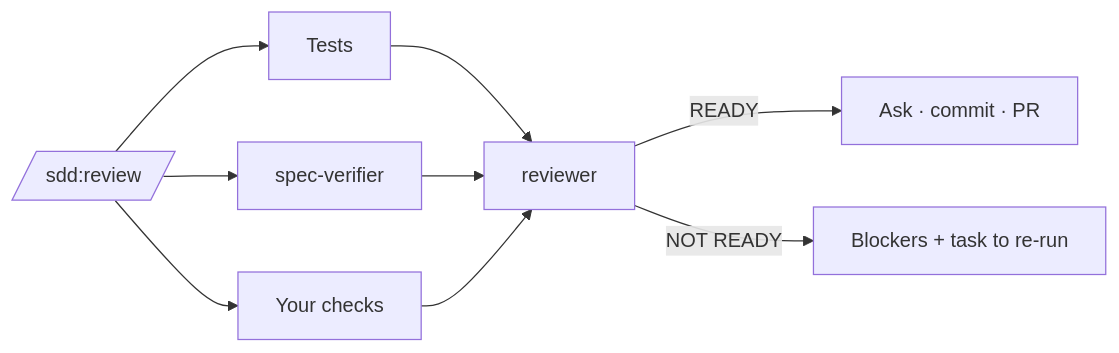
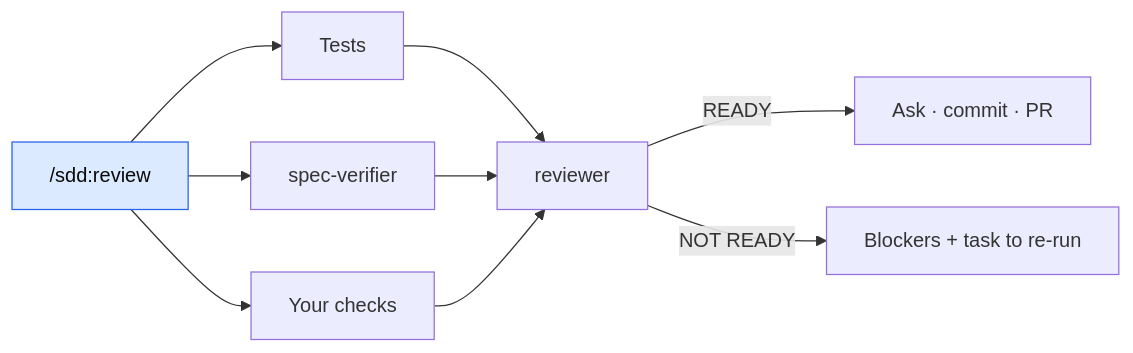
The diagram in docs/src/content/docs/commands/review.mdx (JanSzewczyk/spec-driven-development), drawn with Mermaid before and after one commit. The commit also changed 6 other files, not shown here.

Commit message:
docs: replace status diagrams with a visual lifecycle component, fix flowchart labels

````diff
--- a/docs/src/content/docs/commands/review.mdx
+++ b/docs/src/content/docs/commands/review.mdx
@@ -10,11 +10,13 @@
 ```mermaid
 flowchart LR
-    S[/sdd:review/] --> T[Tests]
+    S["/sdd:review"] --> T[Tests]
     S --> V[spec-verifier]
     S --> C[Your checks]
     T --> R[reviewer]
     V --> R
     C --> R
     R -->|READY| P[Ask · commit · PR]
     R -->|NOT READY| B[Blockers + task to re-run]
+    classDef cmd fill:#dbeafe,stroke:#2563eb,color:#0a0a0a
+    class S cmd
 ```
````
